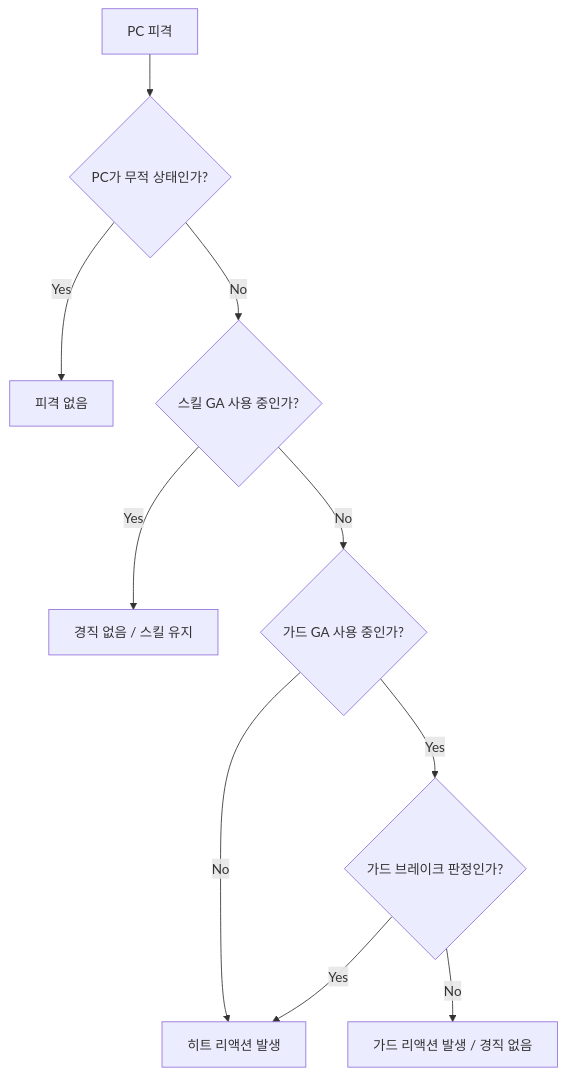
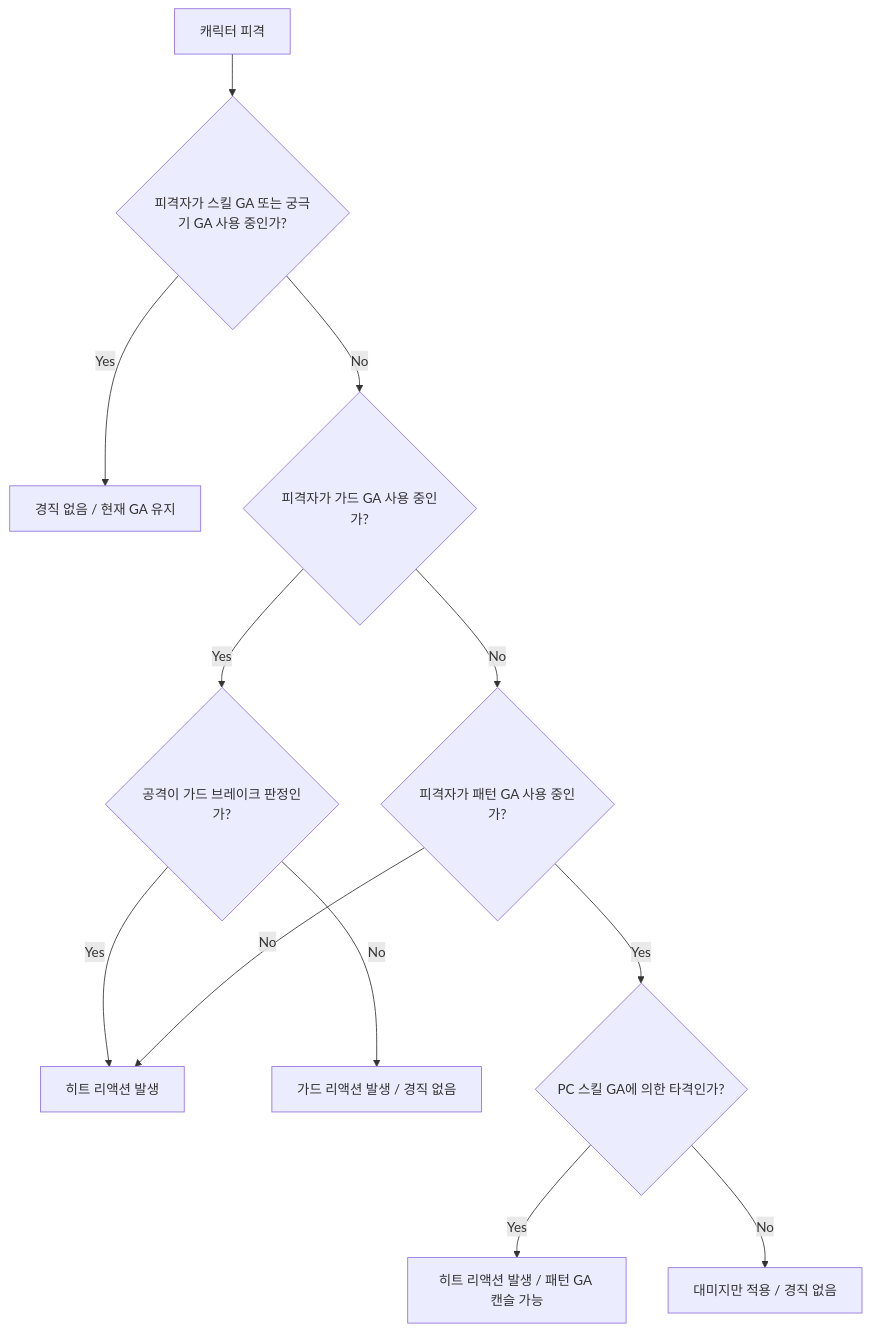
The second of 3 diagrams in Docs/CombatDesign/CombatCommon/경직 수정본.md (Woogl/ProjectWx), drawn with Mermaid before and after one commit. The commit also changed other lines of this file and 4 other files, not shown here.

````diff
--- a/Docs/CombatDesign/CombatCommon/경직 수정본.md
+++ b/Docs/CombatDesign/CombatCommon/경직 수정본.md
@@ -118,12 +92,19 @@
 ```mermaid
 flowchart TD
-    A[PC 피격] --> B{PC가 무적 상태인가?}
-    B -- Yes --> C[피격 없음]
-    B -- No --> D{스킬 GA 사용 중인가?}
-    D -- Yes --> E[경직 없음 / 스킬 유지]
-    D -- No --> F{가드 GA 사용 중인가?}
-    F -- Yes --> G{가드 브레이크 판정인가?}
-    G -- Yes --> H[히트 리액션 발생]
-    G -- No --> I[가드 리액션 발생 / 경직 없음]
-    F -- No --> H
+    A[캐릭터 피격] --> B{피격자가 스킬 GA 또는 궁극기 GA 사용 중인가?}
+
+    B -- Yes --> C[경직 없음 / 현재 GA 유지]
+    B -- No --> D{피격자가 가드 GA 사용 중인가?}
+
+    D -- Yes --> E{공격이 가드 브레이크 판정인가?}
+    E -- Yes --> F[히트 리액션 발생]
+    E -- No --> G[가드 리액션 발생 / 경직 없음]
+
+    D -- No --> H{피격자가 패턴 GA 사용 중인가?}
+
+    H -- Yes --> I{PC 스킬 GA에 의한 타격인가?}
+    I -- Yes --> J[히트 리액션 발생 / 패턴 GA 캔슬 가능]
+    I -- No --> K[대미지만 적용 / 경직 없음]
+
+    H -- No --> F
 ```
````
